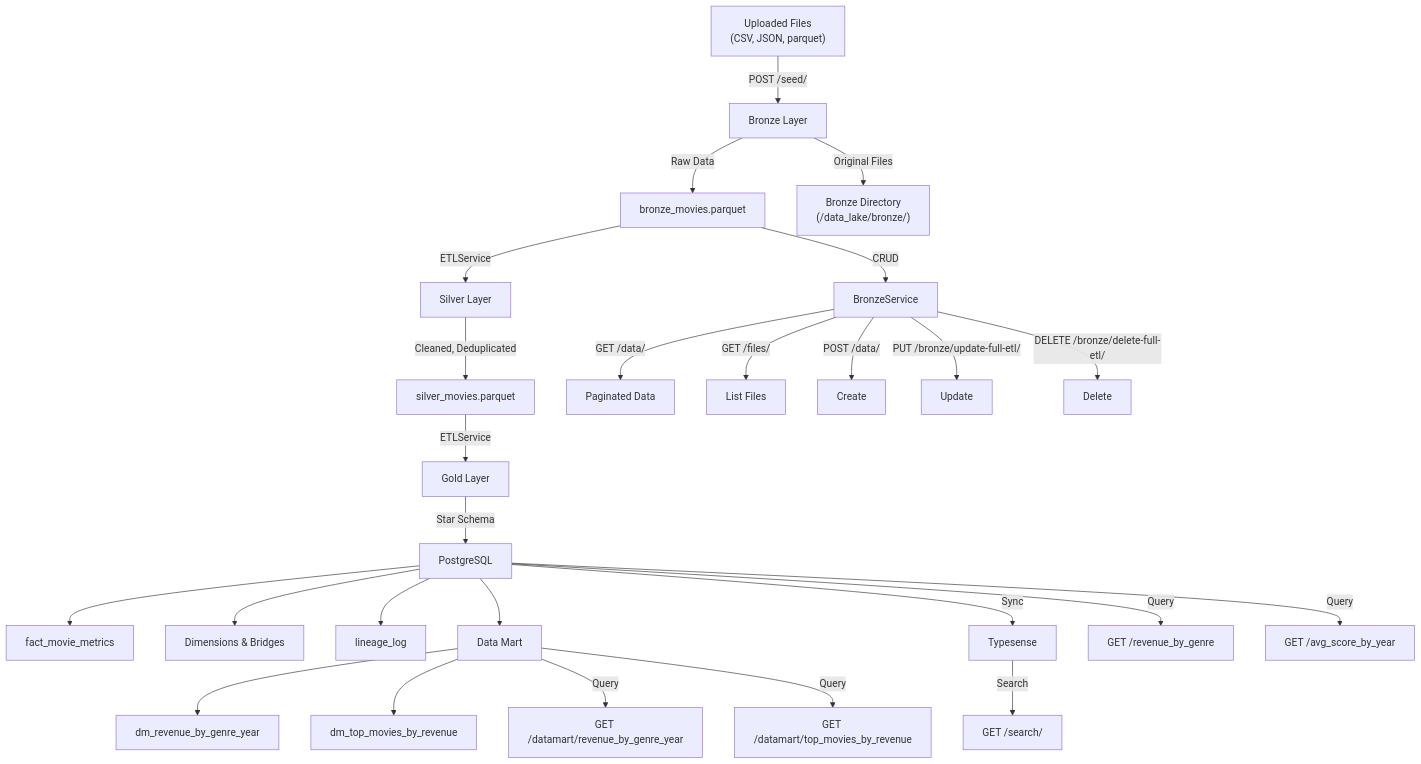
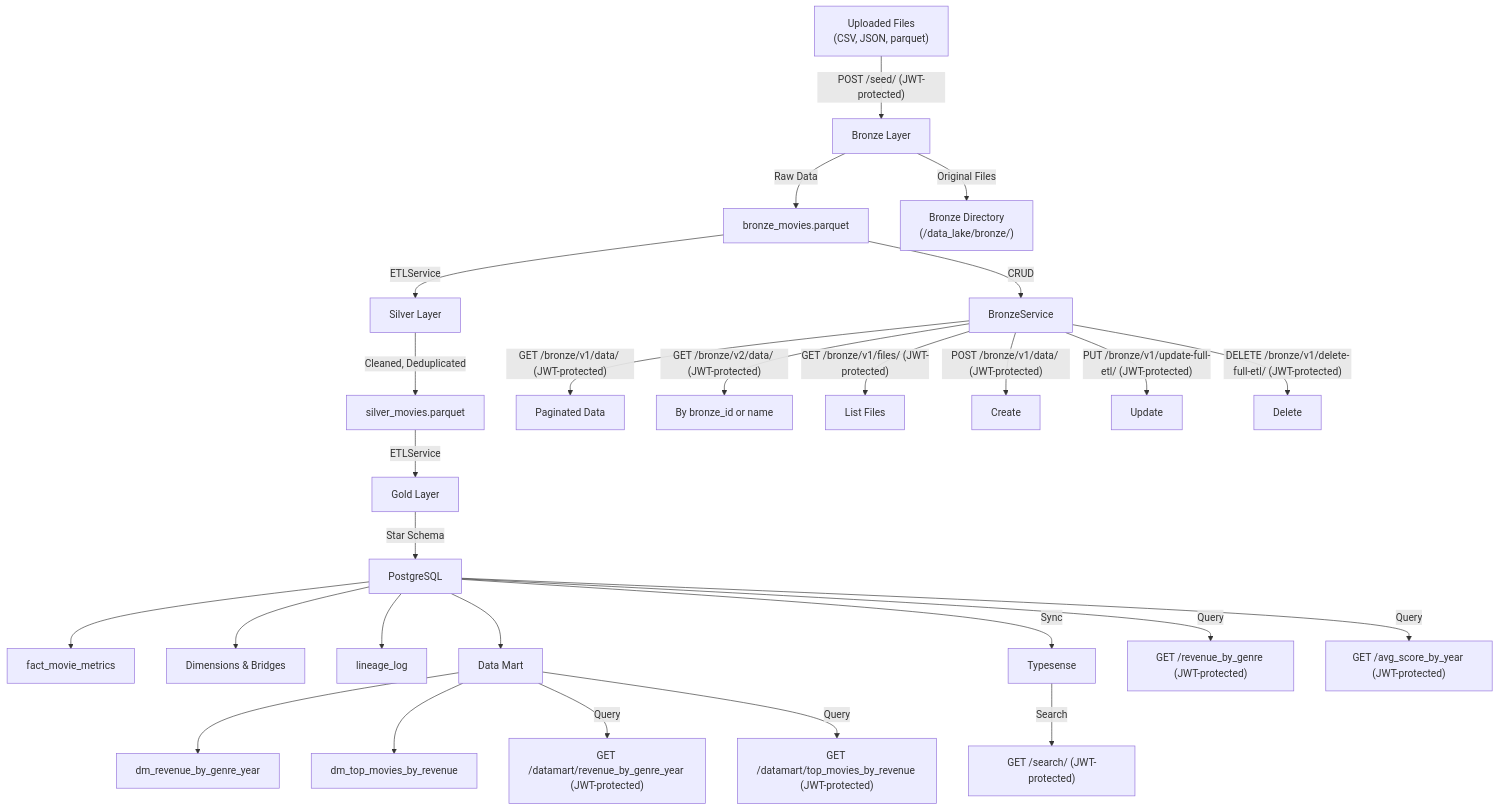
Before and after one commit to lujanmartin/TechChallengeDataEng: the fourth of 4 diagrams in Mermaid diagrams for data structure.md, drawn with Mermaid. The commit also changed other lines of this file, not shown here.

First line of the commit message:
docs: update Mermaid diagrams for Gold and Overall Data Lake with v1/v2 and JWT

````diff
--- a/Mermaid diagrams for data structure.md
+++ b/Mermaid diagrams for data structure.md
@@ -81,28 +81,29 @@
 ```mermaid
 graph TD
-    A["Uploaded Files<br/>(CSV, JSON, parquet)"] -->|"POST /seed/"| B["Bronze Layer"]
+    A["Uploaded Files<br/>(CSV, JSON, parquet)"] -->|"POST /seed/ (JWT-protected)"| B["Bronze Layer"]
     B -->|"Raw Data"| C["bronze_movies.parquet"]
     B -->|"Original Files"| D["Bronze Directory<br/>(/data_lake/bronze/)"]
     C -->|"ETLService"| E["Silver Layer"]
     E -->|"Cleaned, Deduplicated"| F["silver_movies.parquet"]
     F -->|"ETLService"| G["Gold Layer"]
     G -->|"Star Schema"| H["PostgreSQL"]
     H --> I["fact_movie_metrics"]
     H --> J["Dimensions & Bridges"]
     H --> K["lineage_log"]
     H --> L["Data Mart"]
     L --> M["dm_revenue_by_genre_year"]
     L --> N["dm_top_movies_by_revenue"]
-    L -->|"Query"| O["GET /datamart/revenue_by_genre_year"]
-    L -->|"Query"| P["GET /datamart/top_movies_by_revenue"]
+    L -->|"Query"| O["GET /datamart/revenue_by_genre_year (JWT-protected)"]
+    L -->|"Query"| P["GET /datamart/top_movies_by_revenue (JWT-protected)"]
     H -->|"Sync"| Q["Typesense"]
-    Q -->|"Search"| R["GET /search/"]
-    H -->|"Query"| S["GET /revenue_by_genre"]
-    H -->|"Query"| T["GET /avg_score_by_year"]
+    Q -->|"Search"| R["GET /search/ (JWT-protected)"]
+    H -->|"Query"| S["GET /revenue_by_genre (JWT-protected)"]
+    H -->|"Query"| T["GET /avg_score_by_year (JWT-protected)"]
     C -->|"CRUD"| U["BronzeService"]
-    U -->|"GET /data/"| V["Paginated Data"]
-    U -->|"GET /files/"| W["List Files"]
-    U -->|"POST /data/"| X["Create"]
-    U -->|"PUT /bronze/update-full-etl/"| Y["Update"]
-    U -->|"DELETE /bronze/delete-full-etl/"| Z["Delete"]
+    U -->|"GET /bronze/v1/data/ (JWT-protected)"| V["Paginated Data"]
+    U -->|"GET /bronze/v2/data/ (JWT-protected)"| W["By bronze_id or name"]
+    U -->|"GET /bronze/v1/files/ (JWT-protected)"| X["List Files"]
+    U -->|"POST /bronze/v1/data/ (JWT-protected)"| Y["Create"]
+    U -->|"PUT /bronze/v1/update-full-etl/ (JWT-protected)"| Z["Update"]
+    U -->|"DELETE /bronze/v1/delete-full-etl/ (JWT-protected)"| AA["Delete"]
 ```
````
